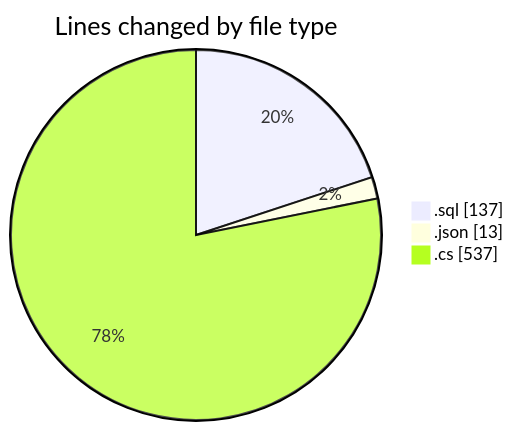
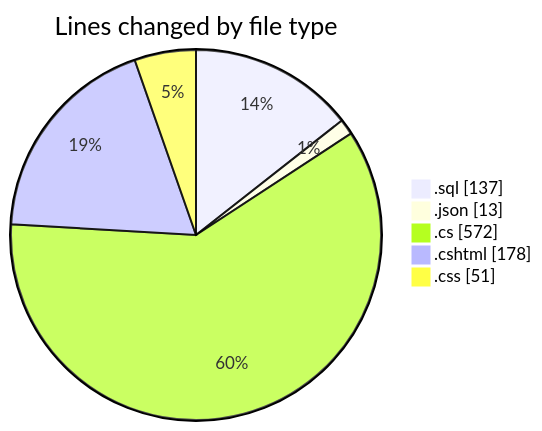
The first of 2 diagrams in 2025-07-14/nhahang/README.md (lephambinh05/code-tracking), drawn with Mermaid before and after one commit. The commit also changed other lines of this file and 1 other file, not shown here.

````diff
--- a/2025-07-14/nhahang/README.md
+++ b/2025-07-14/nhahang/README.md
@@ -33,7 +36,9 @@
 ```mermaid
 pie showData
 title Lines changed by file type
 ".sql" : 137
 ".json" : 13
-".cs" : 537
+".cs" : 572
+".cshtml" : 178
+".css" : 51
 ```
````
